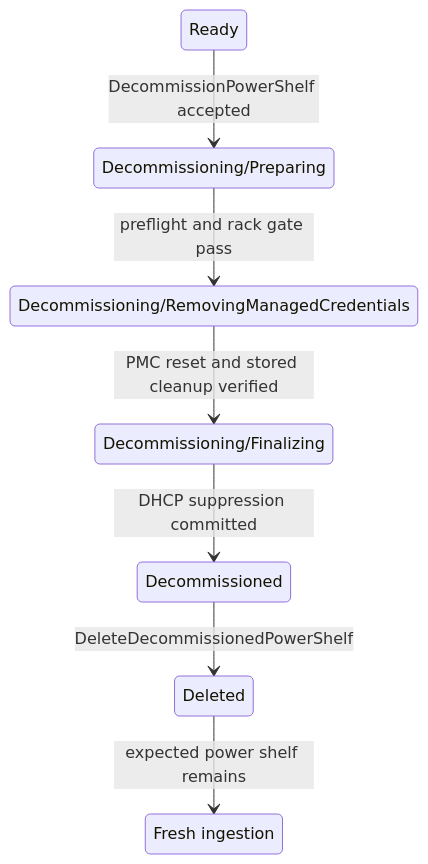
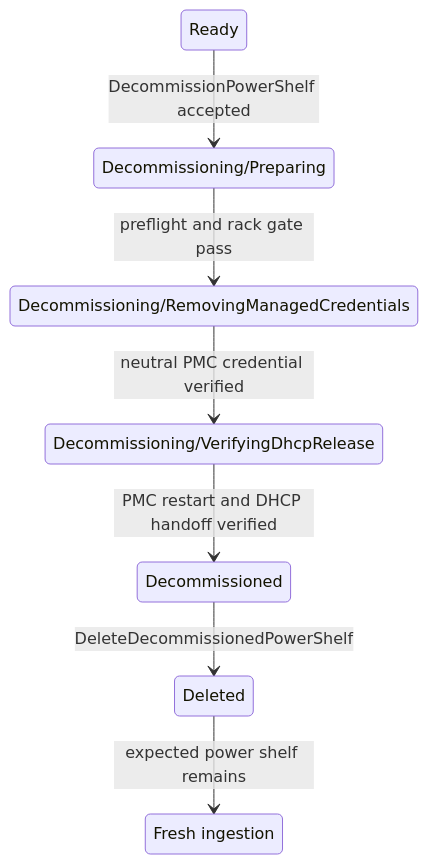
Before and after one commit to NVIDIA/bare-metal-manager-core: the diagram in docs/design/decommissioning/managed-power-shelf-decommissioning.md, drawn with Mermaid. The commit also changed other lines of this file and 4 other files, not shown here.

Commit message:
verify DHCP release on the BMC end

````diff
--- a/docs/design/decommissioning/managed-power-shelf-decommissioning.md
+++ b/docs/design/decommissioning/managed-power-shelf-decommissioning.md
@@ -68,17 +68,17 @@
 ```mermaid
 stateDiagram-v2
     state "Ready" as Ready
     state "Decommissioning/Preparing" as Preparing
     state "Decommissioning/RemovingManagedCredentials" as RemovingCredentials
-    state "Decommissioning/Finalizing" as Finalizing
+    state "Decommissioning/VerifyingDhcpRelease" as VerifyingDhcpRelease
     state "Decommissioned" as Decommissioned
     state "Deleted" as Deleted
     state "Fresh ingestion" as FreshIngestion
 
     Ready --> Preparing : DecommissionPowerShelf accepted
     Preparing --> RemovingCredentials : preflight and rack gate pass
-    RemovingCredentials --> Finalizing : PMC reset and stored cleanup verified
-    Finalizing --> Decommissioned : DHCP suppression committed
+    RemovingCredentials --> VerifyingDhcpRelease : neutral PMC credential verified
+    VerifyingDhcpRelease --> Decommissioned : PMC restart and DHCP handoff verified
     Decommissioned --> Deleted : DeleteDecommissionedPowerShelf
     Deleted --> FreshIngestion : expected power shelf remains
 ```
````
